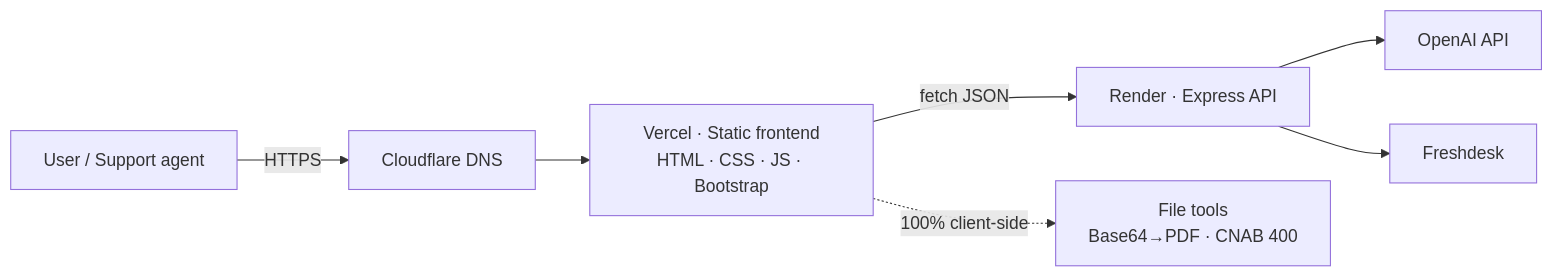
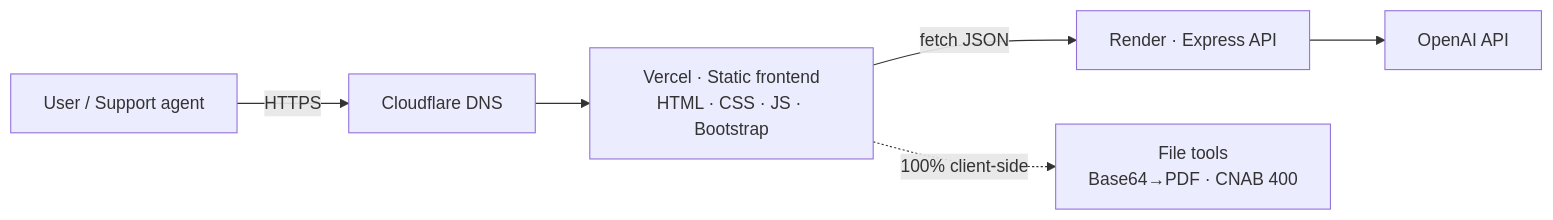
The diagram in README.md (jonathanmesquita/arriba_platform), drawn with Mermaid before and after one commit. The commit also changed other lines of this file and 260 other files, not shown here.

````diff
--- a/README.md
+++ b/README.md
@@ -74,9 +74,8 @@
 ```mermaid
 flowchart LR
     U[User / Support agent] -->|HTTPS| CF[Cloudflare DNS]
     CF --> FE[Vercel · Static frontend<br/>HTML · CSS · JS · Bootstrap]
     FE -->|fetch JSON| API[Render · Express API]
     API --> AI[OpenAI API]
-    API --> FD[Freshdesk]
     FE -. 100% client-side .-> TOOLS[File tools<br/>Base64→PDF · CNAB 400]
 ```
````
